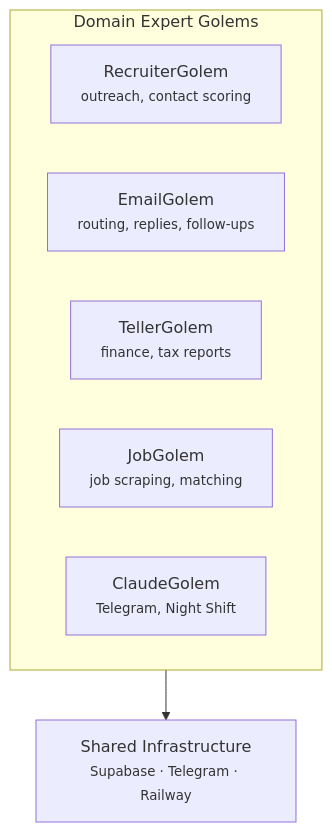
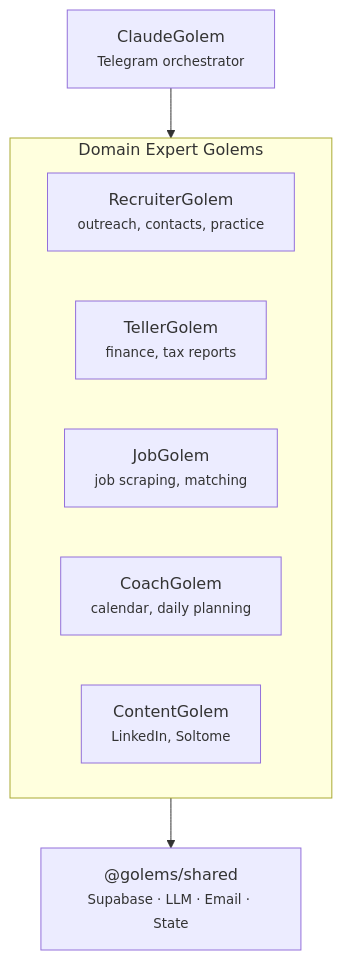
The diagram in content/golems/getting-started.md (EtanHey/etanheyman.com), drawn with Mermaid before and after one commit. The commit also changed other lines of this file and 21 other files, not shown here.

````diff
--- a/content/golems/getting-started.md
+++ b/content/golems/getting-started.md
@@ -20,11 +21,12 @@
 ```mermaid
 flowchart TD
     subgraph golems["Domain Expert Golems"]
-        RG["RecruiterGolem<br/><small>outreach, contact scoring</small>"]
-        EG["EmailGolem<br/><small>routing, replies, follow-ups</small>"]
+        RG["RecruiterGolem<br/><small>outreach, contacts, practice</small>"]
         TG["TellerGolem<br/><small>finance, tax reports</small>"]
         JG["JobGolem<br/><small>job scraping, matching</small>"]
-        CG["ClaudeGolem<br/><small>Telegram, Night Shift</small>"]
+        CG["CoachGolem<br/><small>calendar, daily planning</small>"]
+        XG["ContentGolem<br/><small>LinkedIn, Soltome</small>"]
     end
-    golems --> infra["Shared Infrastructure<br/><small>Supabase · Telegram · Railway</small>"]
+    CL["ClaudeGolem<br/><small>Telegram orchestrator</small>"] --> golems
+    golems --> infra["@golems/shared<br/><small>Supabase · LLM · Email · State</small>"]
 ```
````
